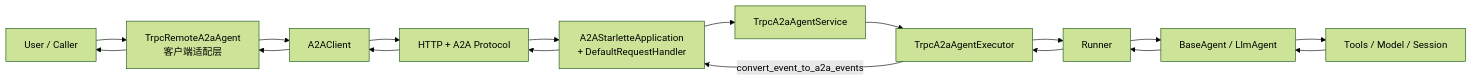
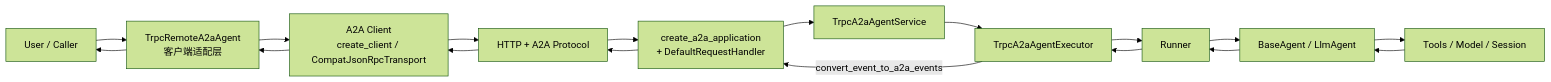
Before and after one commit to trpc-group/trpc-agent-python: the diagram in trpc_agent_sdk/server/a2a/README.md, drawn with Mermaid (forest theme). The commit also changed other lines of this file and 42 other files, not shown here.

````diff
--- a/trpc_agent_sdk/server/a2a/README.md
+++ b/trpc_agent_sdk/server/a2a/README.md
@@ -17,32 +17,32 @@
 ```mermaid
 flowchart LR
     U[User / Caller]
     C[TrpcRemoteA2aAgent\n客户端适配层]
-    A2AC[A2AClient]
+    A2AC[A2A Client\ncreate_client / CompatJsonRpcTransport]
     HTTP[HTTP + A2A Protocol]
-    A2AS[A2AStarletteApplication\n+ DefaultRequestHandler]
+    A2AS[create_a2a_application\n+ DefaultRequestHandler]
     SVC[TrpcA2aAgentService]
     EXE[TrpcA2aAgentExecutor]
     RUN[Runner]
     AGENT[BaseAgent / LlmAgent]
     TOOLS[Tools / Model / Session]
 
     U --> C
     C --> A2AC
     A2AC --> HTTP
     HTTP --> A2AS
     A2AS --> SVC
     SVC --> EXE
     EXE --> RUN
     RUN --> AGENT
     AGENT --> TOOLS
 
     TOOLS --> AGENT
     AGENT --> RUN
     RUN --> EXE
     EXE -->|convert_event_to_a2a_events| A2AS
     A2AS --> HTTP
     HTTP --> A2AC
     A2AC --> C
     C --> U
 ```
````
